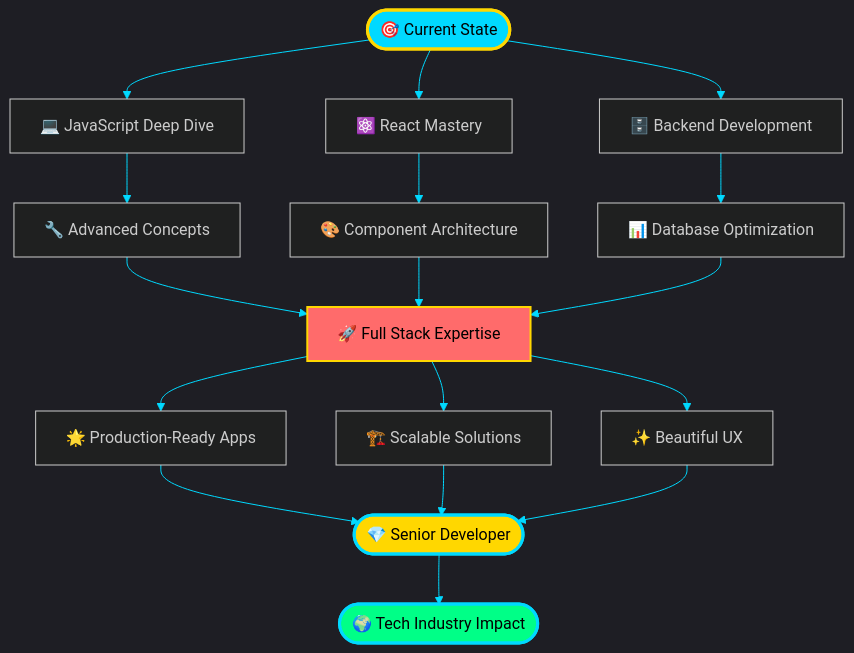
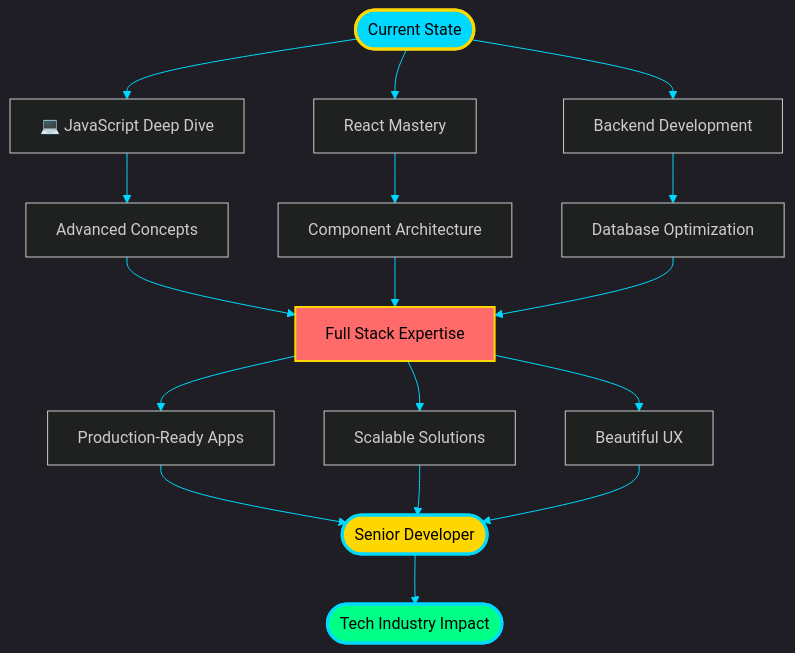
The diagram in README.md (RakeshSenpai/RakeshSenpai), drawn with Mermaid before and after one commit. The commit also changed other lines of this file, not shown here.

Commit message:
Clean up README by removing emojis
Removed emojis from passions, tech stack, and console logs for a cleaner presentation.

````diff
--- a/README.md
+++ b/README.md
@@ -230,31 +230,31 @@
 ```mermaid
 %%{init: {'theme':'dark', 'themeVariables': { 'primaryColor':'#00D9FF','primaryTextColor':'#fff','primaryBorderColor':'#FFD700','lineColor':'#00D9FF','secondaryColor':'#1a1a2e','tertiaryColor':'#0D1117'}}}%%
 
 graph TB
-    Start([🎯 Current State]) --> A[💻 JavaScript Deep Dive]
-    Start --> B[⚛️ React Mastery]
-    Start --> C[🗄️ Backend Development]
+    Start([ Current State]) --> A[💻 JavaScript Deep Dive]
+    Start --> B[React Mastery]
+    Start --> C[Backend Development]
     
-    A --> D[🔧 Advanced Concepts]
-    B --> E[🎨 Component Architecture]
-    C --> F[📊 Database Optimization]
+    A --> D[ Advanced Concepts]
+    B --> E[ Component Architecture]
+    C --> F[Database Optimization]
     
-    D --> G[🚀 Full Stack Expertise]
+    D --> G[ Full Stack Expertise]
     E --> G
     F --> G
     
-    G --> H[🌟 Production-Ready Apps]
-    G --> I[🏗️ Scalable Solutions]
-    G --> J[✨ Beautiful UX]
+    G --> H[ Production-Ready Apps]
+    G --> I[ Scalable Solutions]
+    G --> J[ Beautiful UX]
     
-    H --> K([💎 Senior Developer])
+    H --> K([ Senior Developer])
     I --> K
     J --> K
     
-    K --> L([🌍 Tech Industry Impact])
+    K --> L([ Tech Industry Impact])
     
     style Start fill:#00D9FF,stroke:#FFD700,stroke-width:3px,color:#000
     style K fill:#FFD700,stroke:#00D9FF,stroke-width:3px,color:#000
     style L fill:#00FF87,stroke:#00D9FF,stroke-width:3px,color:#000
     style G fill:#FF6B6B,stroke:#FFD700,stroke-width:2px,color:#000
 ```
````
